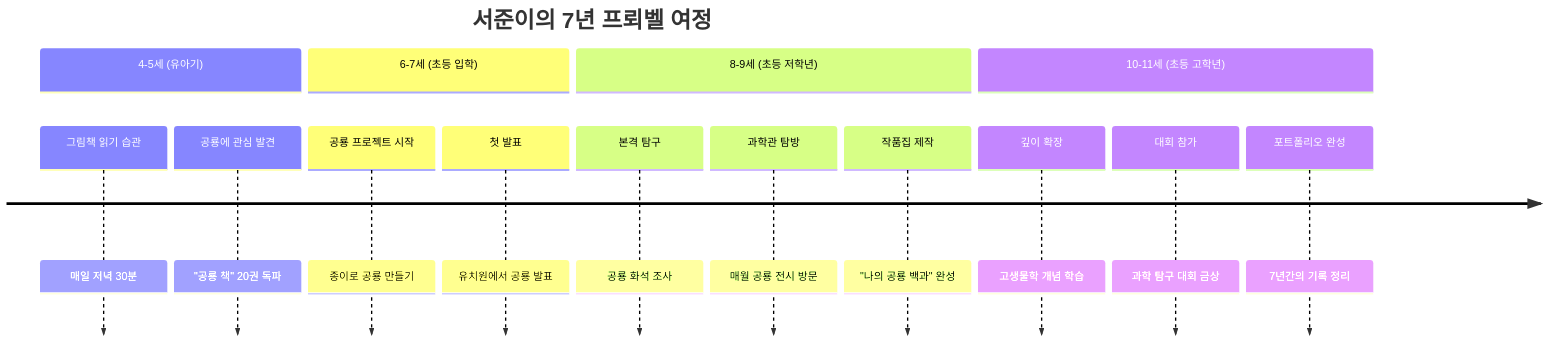
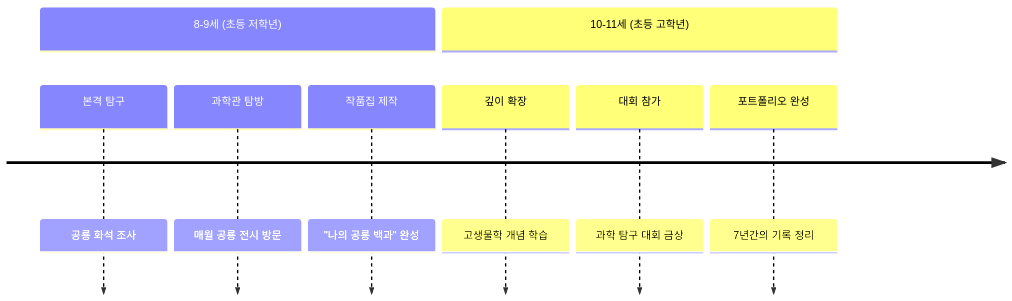
One commit to Collegenie-X/froebel changed diagram 15 of 35 in 3단계_프뢰벨_FAQ_핵심가치.md. Above: the diagram before and after it, drawn with Mermaid. The commit also changed other lines of this file and 5 other files, not shown here.

````diff
--- a/3단계_프뢰벨_FAQ_핵심가치.md
+++ b/3단계_프뢰벨_FAQ_핵심가치.md
@@ -762,18 +772,11 @@
 ```mermaid
 timeline
-    title 서준이의 7년 프뢰벨 여정
-    section 4-5세 (유아기)
-        그림책 읽기 습관 : 매일 저녁 30분
-        공룡에 관심 발견 : "공룡 책" 20권 독파
-    section 6-7세 (초등 입학)
-        공룡 프로젝트 시작 : 종이로 공룡 만들기
-        첫 발표 : 유치원에서 공룡 발표
     section 8-9세 (초등 저학년)
         본격 탐구 : 공룡 화석 조사
         과학관 탐방 : 매월 공룡 전시 방문
         작품집 제작 : "나의 공룡 백과" 완성
     section 10-11세 (초등 고학년)
         깊이 확장 : 고생물학 개념 학습
         대회 참가 : 과학 탐구 대회 금상
         포트폴리오 완성 : 7년간의 기록 정리
 ```
````
